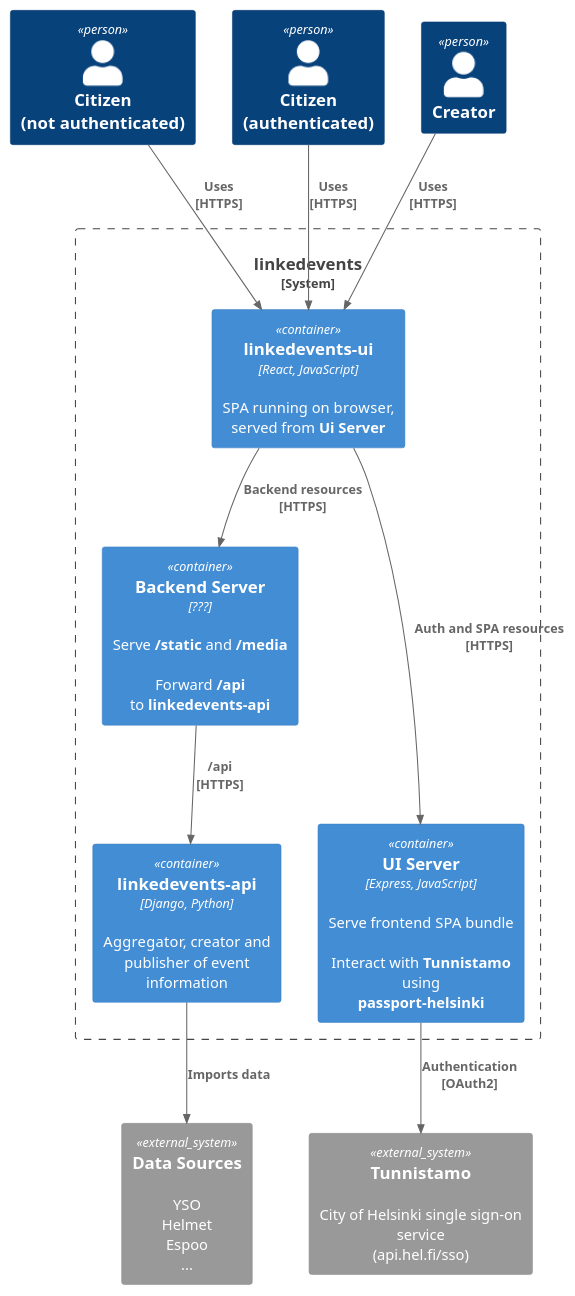
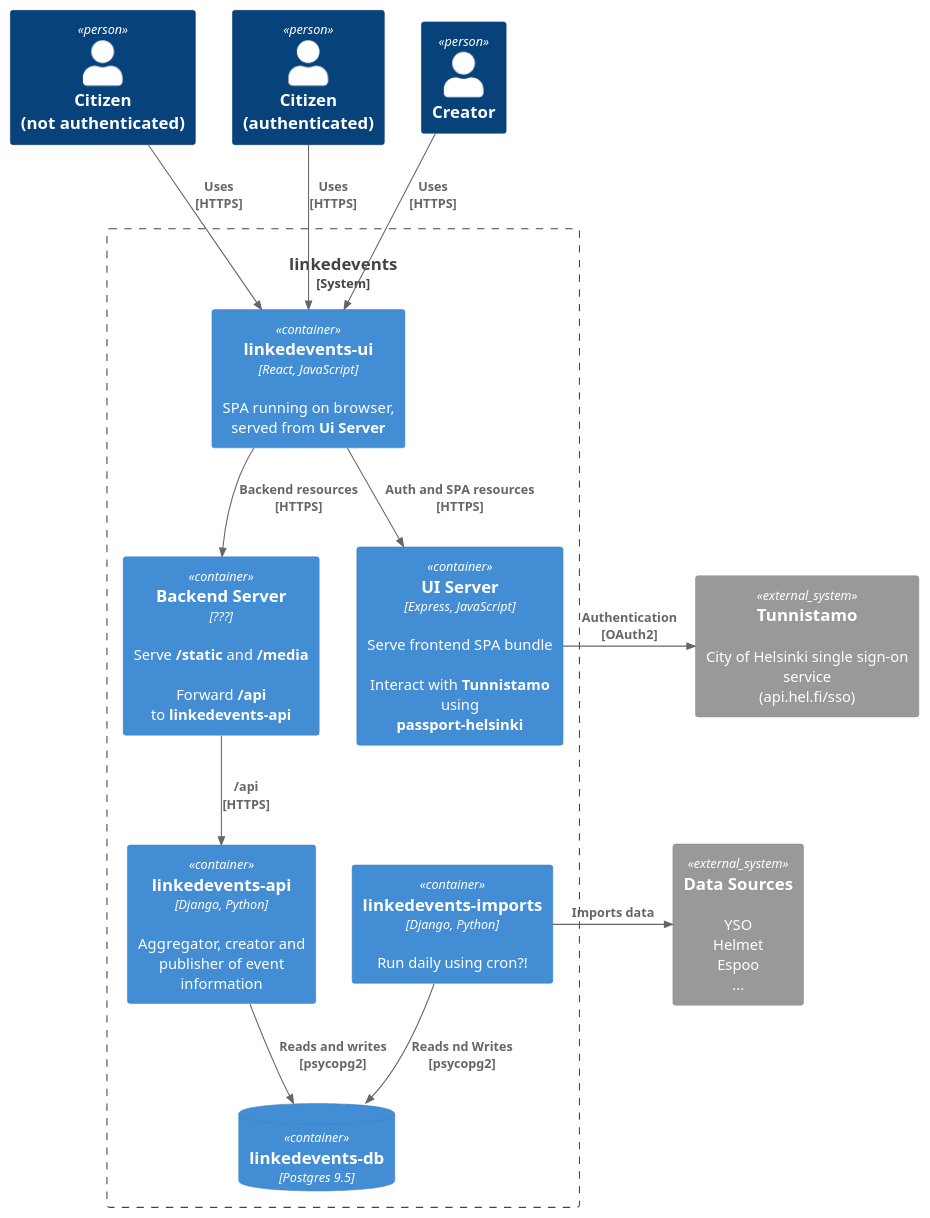
Before and after one commit to istonikula/linkedevents: the diagram in assets/puml/linkedevents-container-v3.puml, drawn with PlantUML. The commit also changed 2 other files, not shown here.

Commit message:
feat(c4): add db and imports to linkedevent containers

```diff
--- a/assets/puml/linkedevents-container-v3.puml
+++ b/assets/puml/linkedevents-container-v3.puml
@@ -1,36 +1,40 @@
 @startuml linkedevents-container-v3
 !includeurl https://raw.githubusercontent.com/RicardoNiepel/C4-PlantUML/master/C4_Container.puml
 
 Person(citizen, "Citizen\n(not authenticated)")
 Person(citizen_auth, "Citizen\n(authenticated)")
 Person(admin, "Creator")
 
 System_Boundary(linkedevents, "linkedevents") {
   Container(linkedevents_ui, "linkedevents-ui", "React, JavaScript", "SPA running on browser, served from <b>Ui Server</b>")
 
   Container(ui_server, "UI Server", "Express, JavaScript", "Serve frontend SPA bundle\n\nInteract with <b>Tunnistamo</b> using\n<b>passport-helsinki</b>")
 
   Container(backend_server, "Backend Server", "???", "Serve <b>/static</b> and <b>/media</b>\n\nForward <b>/api</b>\nto <b>linkedevents-api</b>")
 
   Container(linkedevents_api, "linkedevents-api", "Django, Python", "Aggregator, creator and publisher of event information")
+  ContainerDb(linkedevents_db, "linkedevents-db", "Postgres 9.5")
+  Container(linkedevents_imports, "linkedevents-imports", "Django, Python", "Run daily using cron?!")
 }
 
 System_Ext(data_sources, "Data Sources", "YSO\nHelmet\nEspoo\n...")
 System_Ext(tunnistamo, "Tunnistamo", "City of Helsinki single sign-on service\n(api.hel.fi/sso)")
 
 Rel(citizen, linkedevents_ui, "Uses\n[HTTPS]")
 Rel(citizen_auth, linkedevents_ui, "Uses\n[HTTPS]")
 
 Rel(admin, linkedevents_ui, "Uses\n[HTTPS]")
 
 Rel(linkedevents_ui, ui_server, "Auth and SPA resources\n[HTTPS]")
-Rel(ui_server, tunnistamo, "Authentication\n[OAuth2]")
+Rel_R(ui_server, tunnistamo, "Authentication\n[OAuth2]")
 
 Rel(linkedevents_ui, backend_server, "Backend resources\n[HTTPS]")
 Rel(backend_server, linkedevents_api, "/api\n[HTTPS]")
 
-Rel(linkedevents_api, data_sources, "Imports data")
+Rel(linkedevents_api, linkedevents_db, "Reads and writes\n[psycopg2]")
+Rel(linkedevents_imports, linkedevents_db, "Reads nd Writes\n[psycopg2]")
+Rel_R(linkedevents_imports, data_sources, "Imports data")
 
-Lay_U(ui_server, backend_server)
+Lay_R(backend_server, ui_server)
 
 @enduml
```
